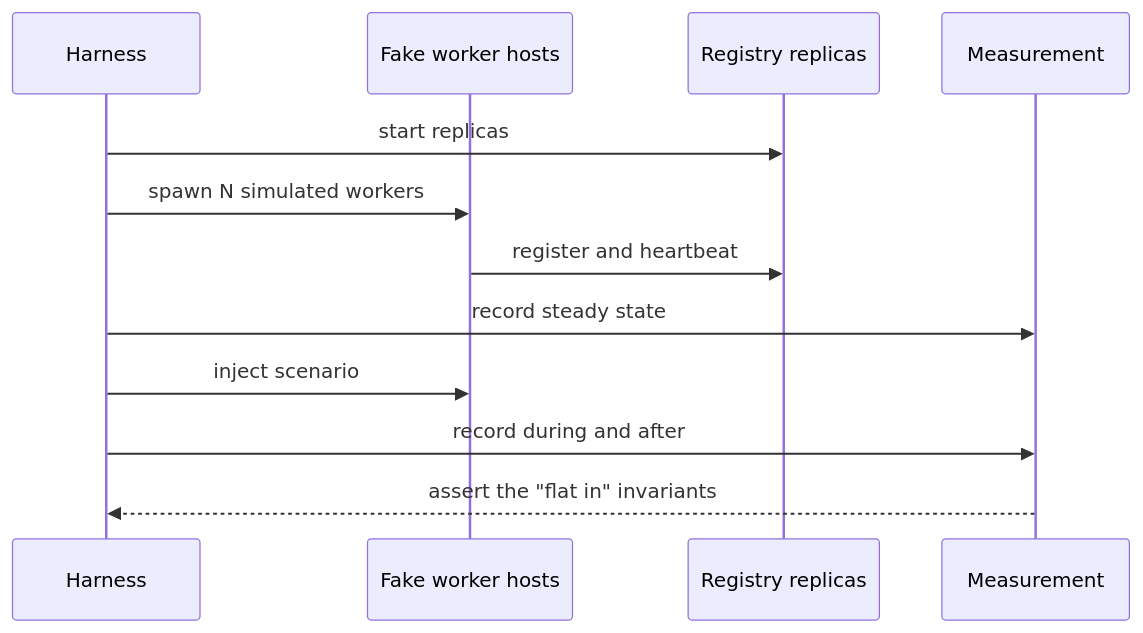
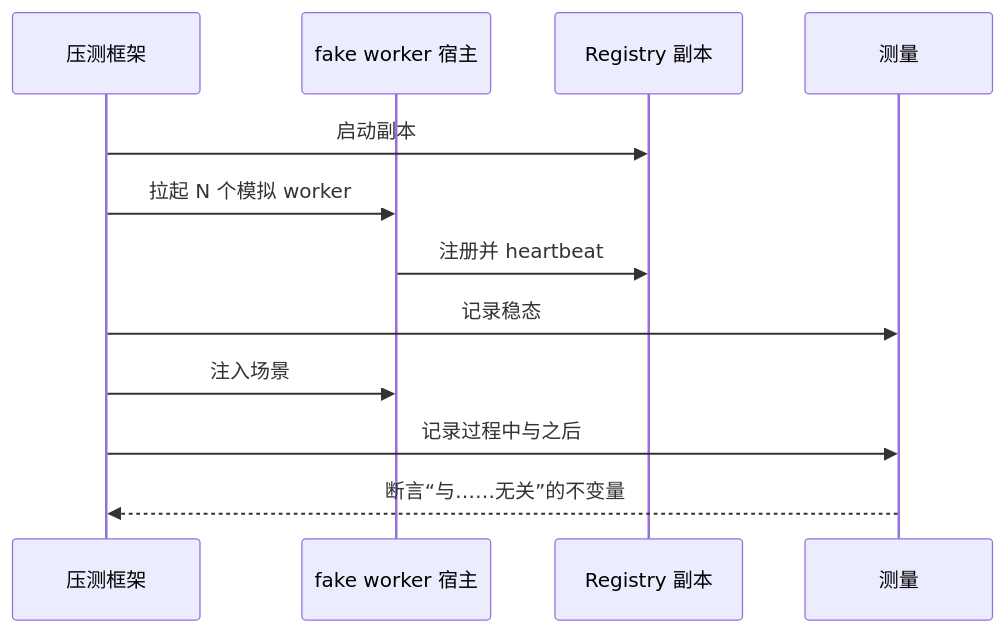
Before and after one commit to HSPK/tinyray: the diagram in docs/06-testing/02-fake-cluster.md, drawn with Mermaid. The commit also changed other lines of this file and 33 other files, not shown here.

````diff
--- a/docs/06-testing/02-fake-cluster.md
+++ b/docs/06-testing/02-fake-cluster.md
@@ -104,15 +95,15 @@
 ```mermaid
 sequenceDiagram
-    participant H as Harness
-    participant F as Fake worker hosts
-    participant R as Registry replicas
-    participant M as Measurement
+    participant H as 压测框架
+    participant F as fake worker 宿主
+    participant R as Registry 副本
+    participant M as 测量
 
-    H->>R: start replicas
-    H->>F: spawn N simulated workers
-    F->>R: register and heartbeat
-    H->>M: record steady state
-    H->>F: inject scenario
-    H->>M: record during and after
-    M-->>H: assert the "flat in" invariants
+    H->>R: 启动副本
+    H->>F: 拉起 N 个模拟 worker
+    F->>R: 注册并 heartbeat
+    H->>M: 记录稳态
+    H->>F: 注入场景
+    H->>M: 记录过程中与之后
+    M-->>H: 断言“与……无关”的不变量
 ```
````
